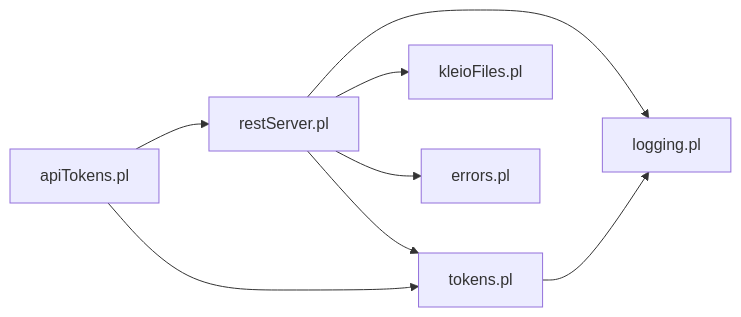
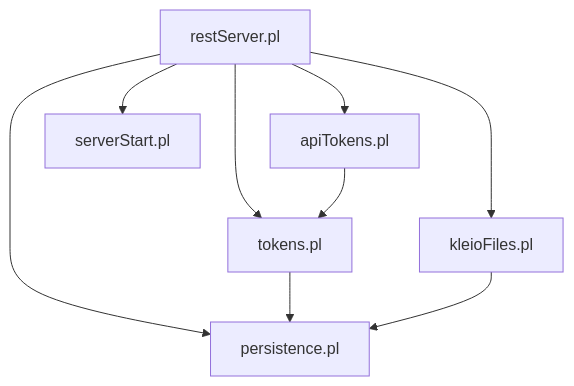
The tenth of 10 diagrams in .qoder/repowiki/en/content/Authentication and Security.md (time-link/timelink-kleio), drawn with Mermaid before and after one commit. The commit also changed other lines of this file and 225 other files, not shown here.

````diff
--- a/.qoder/repowiki/en/content/Authentication and Security.md
+++ b/.qoder/repowiki/en/content/Authentication and Security.md
@@ -324,10 +375,11 @@
 ```mermaid
-graph LR
+graph TB
 RS["restServer.pl"] --> TK["tokens.pl"]
-RS --> KL["kleioFiles.pl"]
-RS --> ER["errors.pl"]
-RS --> LG["logging.pl"]
-AT["apiTokens.pl"] --> TK
-AT --> RS
-TK --> LG
+RS --> AT["apiTokens.pl"]
+RS --> KF["kleioFiles.pl"]
+RS --> PS["persistence.pl"]
+RS --> SS["serverStart.pl"]
+TK --> PS
+AT --> TK
+KF --> PS
 ```
````
